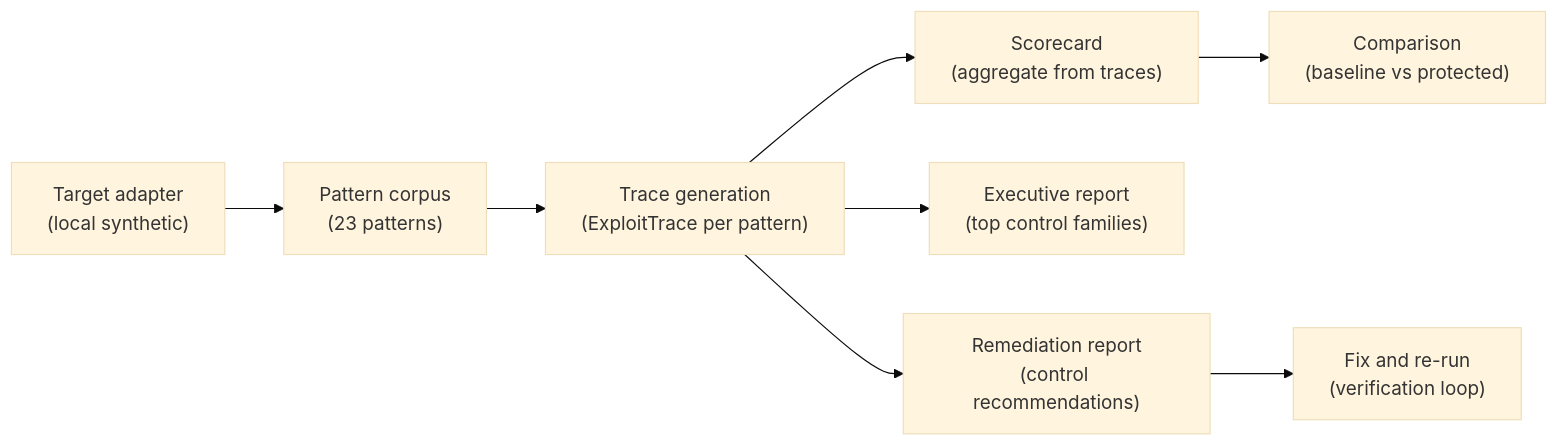
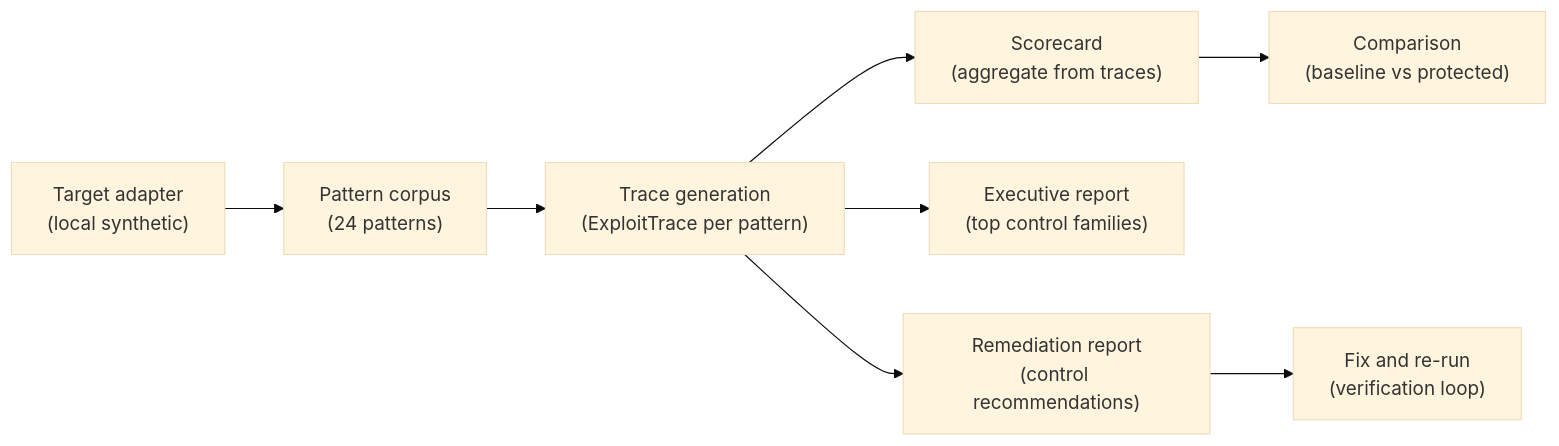
The first of 4 diagrams in docs/reporting-flow.md (krivonosoff161/agentic-security-harness), drawn with Mermaid (base theme) before and after one commit. The commit also changed other lines of this file and 118 other files, not shown here.

````diff
--- a/docs/reporting-flow.md
+++ b/docs/reporting-flow.md
@@ -8,10 +8,10 @@
 ```mermaid
 flowchart LR
-    A["Target adapter\n(local synthetic)"] --> B["Pattern corpus\n(23 patterns)"]
+    A["Target adapter\n(local synthetic)"] --> B["Pattern corpus\n(24 patterns)"]
     B --> C["Trace generation\n(ExploitTrace per pattern)"]
     C --> D["Scorecard\n(aggregate from traces)"]
     C --> E["Executive report\n(top control families)"]
     C --> F["Remediation report\n(control recommendations)"]
     D --> G["Comparison\n(baseline vs protected)"]
     F --> H["Fix and re-run\n(verification loop)"]
 ```
````
